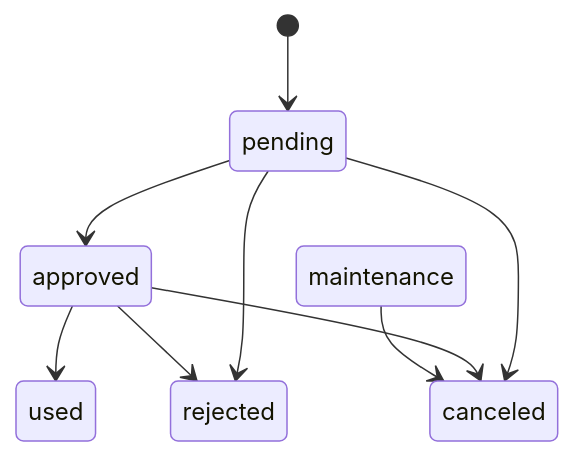
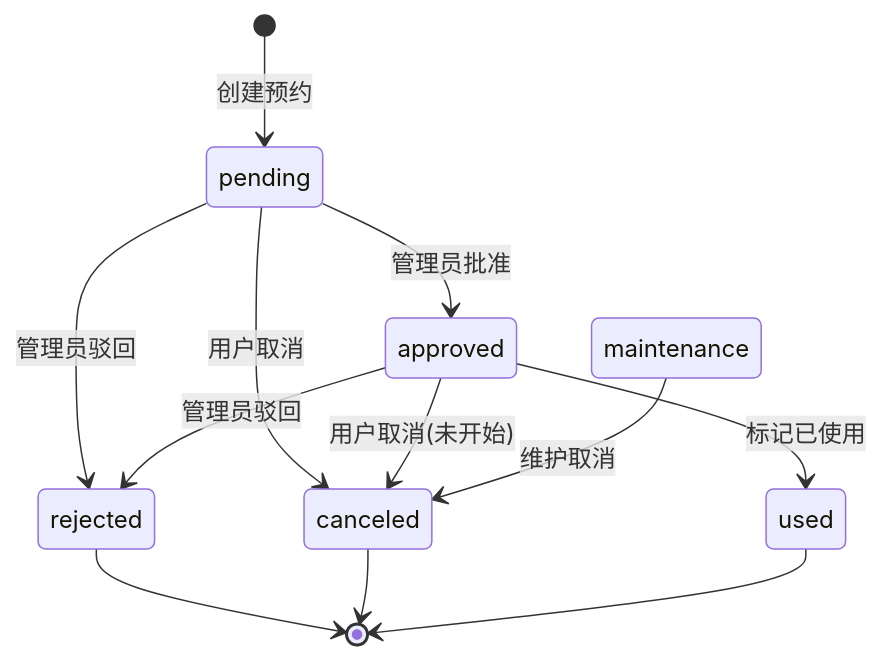
One commit to jeccj/planning_sysytem changed the fourth of 7 diagrams in PROJECT_REPORT.md. Above: the diagram before and after it, drawn with Mermaid. The commit also changed other lines of this file, not shown here.

````diff
--- a/PROJECT_REPORT.md
+++ b/PROJECT_REPORT.md
@@ -79,11 +190,14 @@
 ```mermaid
 stateDiagram-v2
-    [*] --> pending
-    pending --> approved
-    pending --> rejected
-    pending --> canceled
-    approved --> used
-    approved --> canceled
-    approved --> rejected
-    maintenance --> canceled
+    [*] --> pending: 创建预约
+    pending --> approved: 管理员批准
+    pending --> rejected: 管理员驳回
+    pending --> canceled: 用户取消
+    approved --> used: 标记已使用
+    approved --> canceled: 用户取消(未开始)
+    approved --> rejected: 管理员驳回
+    maintenance --> canceled: 维护取消
+    rejected --> [*]
+    canceled --> [*]
+    used --> [*]
 ```
````
